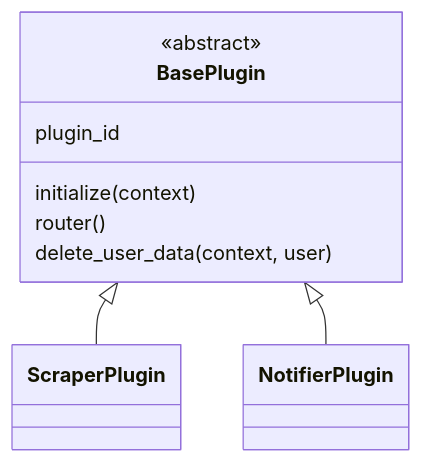
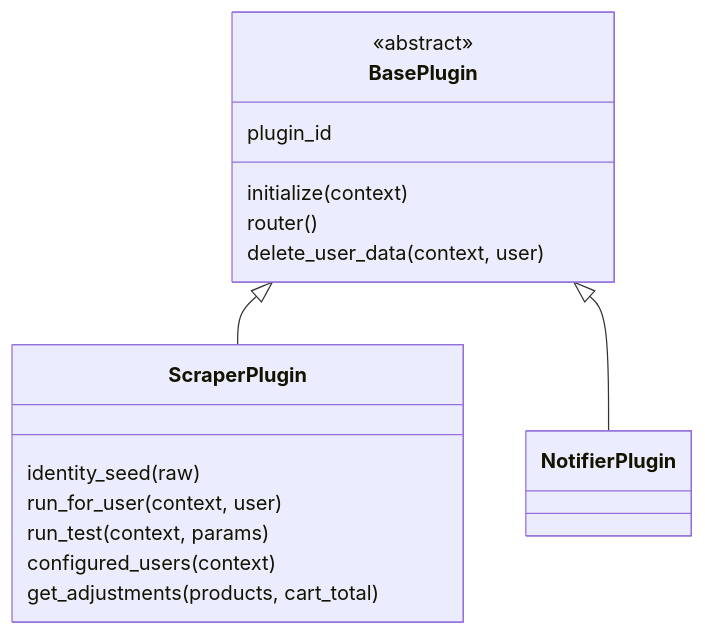
Before and after one commit to caporalesimone/watch-em-all: the first of 3 diagrams in docs/2-architecture/plugin-architecture.md, drawn with Mermaid. The commit also changed other lines of this file and 9 other files, not shown here.

First line of the commit message:
docs(6): migrate 2-architecture docs to English

````diff
--- a/docs/2-architecture/plugin-architecture.md
+++ b/docs/2-architecture/plugin-architecture.md
@@ -13,14 +13,20 @@
 ```mermaid
 classDiagram
     class BasePlugin {
         <<abstract>>
         plugin_id
         initialize(context)
         router()
         delete_user_data(context, user)
     }
-    class ScraperPlugin
+    class ScraperPlugin {
+        identity_seed(raw)
+        run_for_user(context, user)
+        run_test(context, params)
+        configured_users(context)
+        get_adjustments(products, cart_total)
+    }
     class NotifierPlugin
     BasePlugin <|-- ScraperPlugin
     BasePlugin <|-- NotifierPlugin
 ```
````
